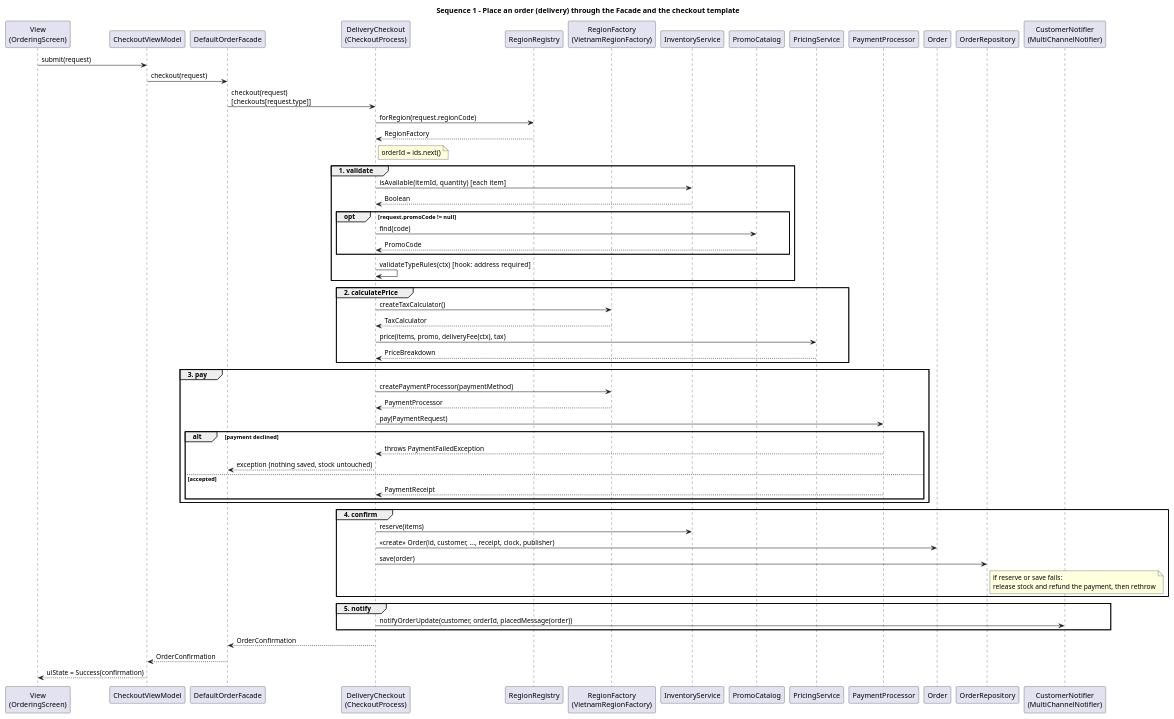
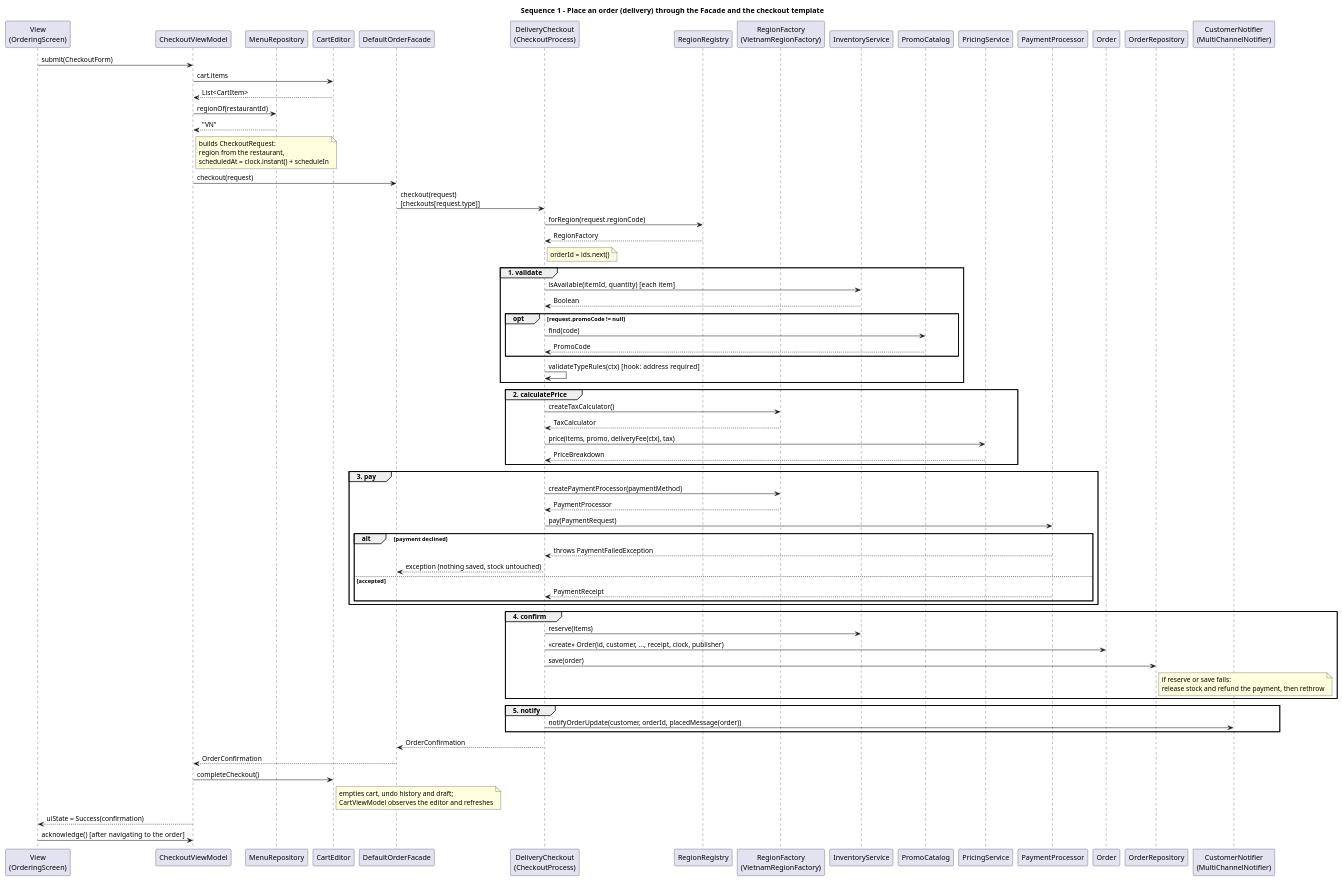
Before and after one commit to HungDangQuang/android-food-hub: the diagram in docs/uml/11-sequence-place-order.puml, drawn with PlantUML. The commit also changed 27 other files, not shown here.

First line of the commit message:
docs: update design rationale, README and UML to match the code

```diff
--- a/docs/uml/11-sequence-place-order.puml
+++ b/docs/uml/11-sequence-place-order.puml
@@ -1,70 +1,80 @@
 @startuml 11-sequence-place-order
 title Sequence 1 - Place an order (delivery) through the Facade and the checkout template
 skinparam shadowing false
 skinparam sequenceMessageAlign left
 
 participant "View\n(OrderingScreen)" as View
 participant "CheckoutViewModel" as VM
+participant "MenuRepository" as Menu
+participant "CartEditor" as Cart
 participant "DefaultOrderFacade" as Facade
 participant "DeliveryCheckout\n(CheckoutProcess)" as Checkout
 participant "RegionRegistry" as Registry
 participant "RegionFactory\n(VietnamRegionFactory)" as Factory
 participant "InventoryService" as Inventory
 participant "PromoCatalog" as Promos
 participant "PricingService" as Pricing
 participant "PaymentProcessor" as Processor
 participant "Order" as Order
 participant "OrderRepository" as Repo
 participant "CustomerNotifier\n(MultiChannelNotifier)" as Notifier
 
-View -> VM : submit(request)
+View -> VM : submit(CheckoutForm)
+VM -> Cart : cart.items
+Cart --> VM : List<CartItem>
+VM -> Menu : regionOf(restaurantId)
+Menu --> VM : "VN"
+note right of VM : builds CheckoutRequest:\nregion from the restaurant,\nscheduledAt = clock.instant() + scheduleIn
 VM -> Facade : checkout(request)
 Facade -> Checkout : checkout(request)\n[checkouts[request.type]]
 Checkout -> Registry : forRegion(request.regionCode)
 Registry --> Checkout : RegionFactory
 note right of Checkout : orderId = ids.next()
 
 group 1. validate
   Checkout -> Inventory : isAvailable(itemId, quantity)   [each item]
   Inventory --> Checkout : Boolean
   opt request.promoCode != null
     Checkout -> Promos : find(code)
     Promos --> Checkout : PromoCode
   end
   Checkout -> Checkout : validateTypeRules(ctx)   [hook: address required]
 end
 
 group 2. calculatePrice
   Checkout -> Factory : createTaxCalculator()
   Factory --> Checkout : TaxCalculator
   Checkout -> Pricing : price(items, promo, deliveryFee(ctx), tax)
   Pricing --> Checkout : PriceBreakdown
 end
 
 group 3. pay
   Checkout -> Factory : createPaymentProcessor(paymentMethod)
   Factory --> Checkout : PaymentProcessor
   Checkout -> Processor : pay(PaymentRequest)
   alt payment declined
     Processor --> Checkout : throws PaymentFailedException
     Checkout --> Facade : exception (nothing saved, stock untouched)
   else accepted
     Processor --> Checkout : PaymentReceipt
   end
 end
 
 group 4. confirm
   Checkout -> Inventory : reserve(items)
   Checkout -> Order : <<create>> Order(id, customer, ..., receipt, clock, publisher)
   Checkout -> Repo : save(order)
   note right of Repo : if reserve or save fails:\nrelease stock and refund the payment, then rethrow
 end
 
 group 5. notify
   Checkout -> Notifier : notifyOrderUpdate(customer, orderId, placedMessage(order))
 end
 
 Checkout --> Facade : OrderConfirmation
 Facade --> VM : OrderConfirmation
+VM -> Cart : completeCheckout()
+note right of Cart : empties cart, undo history and draft;\nCartViewModel observes the editor and refreshes
 VM --> View : uiState = Success(confirmation)
+View -> VM : acknowledge()   [after navigating to the order]
 @enduml
```
